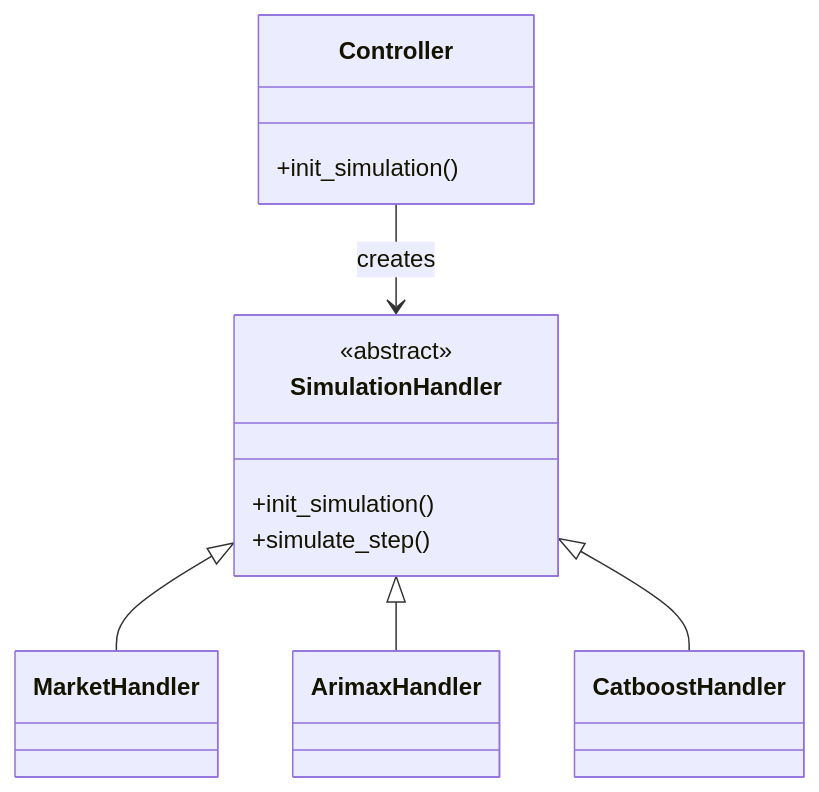
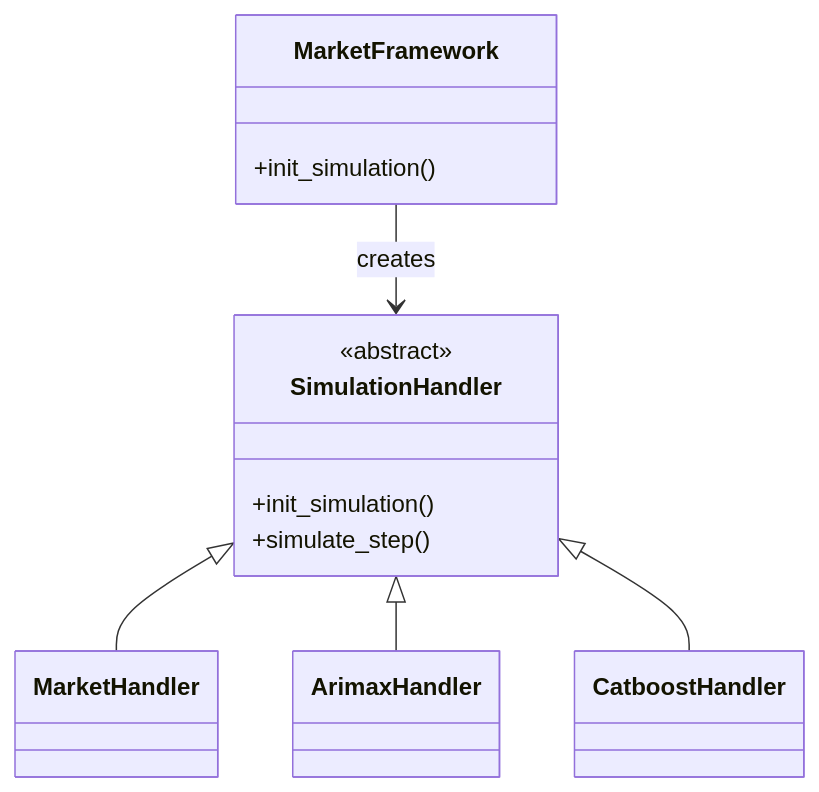
The second of 3 diagrams in deliverables/D3.1 - System dynamics model/D3.1 - System dynamics model.md (SURIMI-Project/SURIMI-project), drawn with Mermaid before and after one commit. The commit also changed other lines of this file, not shown here.

````diff
--- a/deliverables/D3.1 - System dynamics model/D3.1 - System dynamics model.md
+++ b/deliverables/D3.1 - System dynamics model/D3.1 - System dynamics model.md
@@ -84,23 +78,21 @@
 ```mermaid
 classDiagram
-    class Controller {
+    class MarketFramework {
         +init_simulation()
     }
 
     class SimulationHandler {
         <<abstract>>
         +init_simulation()
         +simulate_step()
     }
 
     class MarketHandler
     class ArimaxHandler
     class CatboostHandler
 
-    Controller --> SimulationHandler : creates
+    MarketFramework --> SimulationHandler : creates
     SimulationHandler <|-- MarketHandler
     SimulationHandler <|-- ArimaxHandler
     SimulationHandler <|-- CatboostHandler
-    
-    
 ```
````
